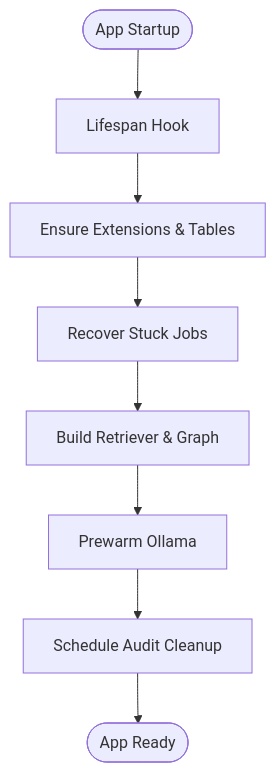
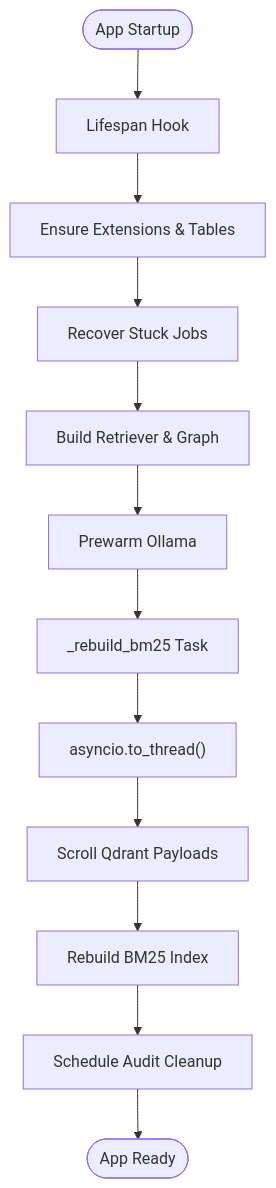
One commit to genes8/private-ai changed the third of 10 diagrams in .qoder/repowiki/en/content/Architecture and Design/Backend Architecture.md. Above: the diagram before and after it, drawn with Mermaid. The commit also changed other lines of this file and 55 other files, not shown here.

````diff
--- a/.qoder/repowiki/en/content/Architecture and Design/Backend Architecture.md
+++ b/.qoder/repowiki/en/content/Architecture and Design/Backend Architecture.md
@@ -222,10 +232,14 @@
 ```mermaid
 flowchart TD
 Start(["App Startup"]) --> Lifespan["Lifespan Hook"]
 Lifespan --> DBInit["Ensure Extensions & Tables"]
 DBInit --> RecoverJobs["Recover Stuck Jobs"]
 RecoverJobs --> BuildComponents["Build Retriever & Graph"]
 BuildComponents --> Prewarm["Prewarm Ollama"]
-Prewarm --> ScheduleCleanup["Schedule Audit Cleanup"]
+Prewarm --> AsyncBM25["_rebuild_bm25 Task"]
+AsyncBM25 --> ThreadPool["asyncio.to_thread()"]
+ThreadPool --> QdrantScroll["Scroll Qdrant Payloads"]
+QdrantScroll --> BM25Index["Rebuild BM25 Index"]
+BM25Index --> ScheduleCleanup["Schedule Audit Cleanup"]
 ScheduleCleanup --> Ready(["App Ready"])
 ```
````
